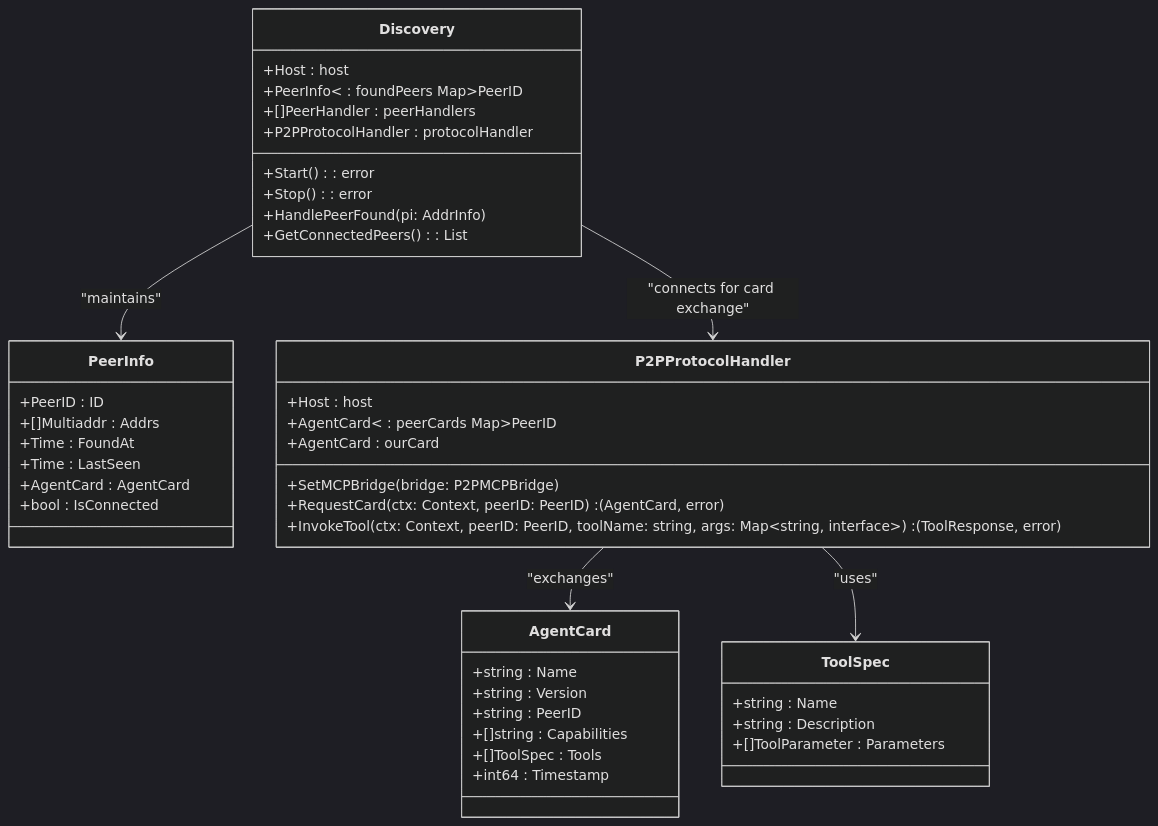
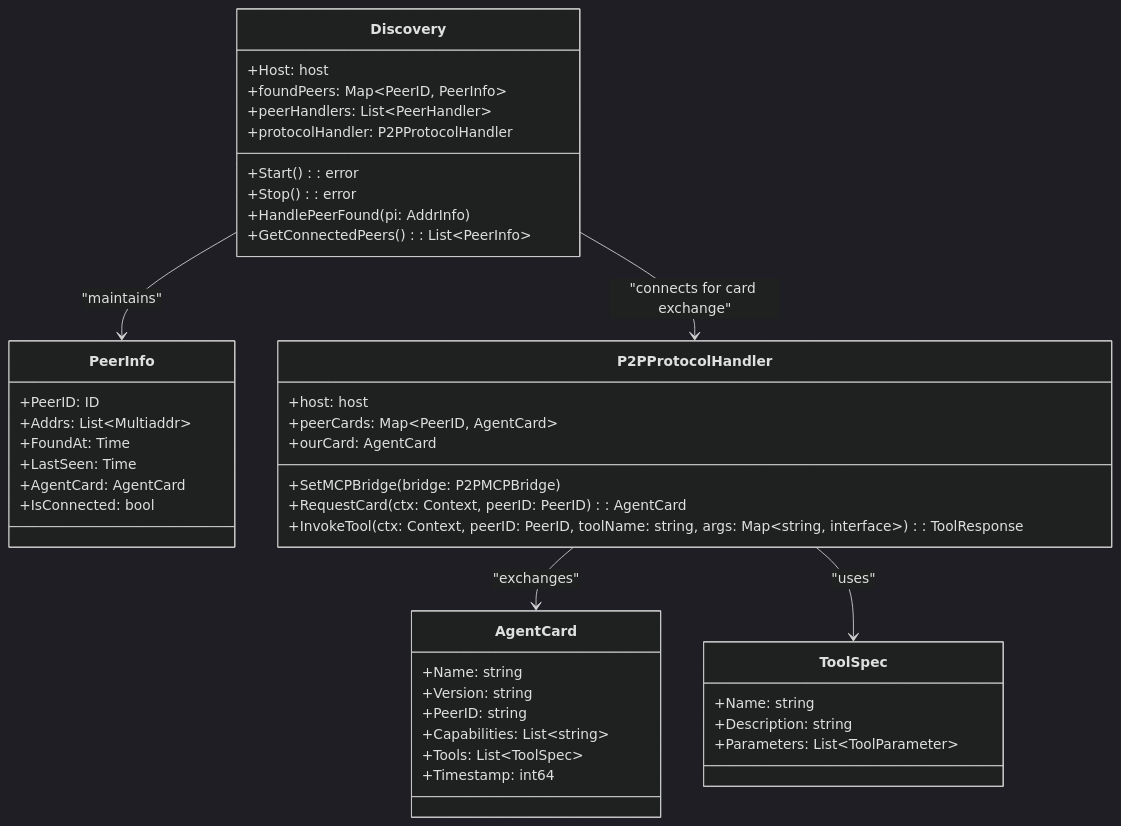
Before and after one commit to prxs-ai/praxis-go-sdk: the first of 5 diagrams in docs/Core Services.md, drawn with Mermaid (dark theme). The commit also changed other lines of this file and 33 other files, not shown here.

````diff
--- a/docs/Core Services.md
+++ b/docs/Core Services.md
@@ -23,46 +23,46 @@
 ```mermaid
 classDiagram
 class Discovery {
-+Host : host
-+PeerInfo~ : foundPeers Map~PeerID
-+[]PeerHandler : peerHandlers
-+P2PProtocolHandler : protocolHandler
-+Start() : error
-+Stop() : error
++Host: host
++foundPeers: Map~PeerID, PeerInfo~
++peerHandlers: List~PeerHandler~
++protocolHandler: P2PProtocolHandler
++Start(): error
++Stop(): error
 +HandlePeerFound(pi: AddrInfo)
-+GetConnectedPeers() : List<PeerInfo>
++GetConnectedPeers(): List~PeerInfo~
 }
 class PeerInfo {
-+PeerID : ID
-+[]Multiaddr : Addrs
-+Time : FoundAt
-+Time : LastSeen
-+AgentCard : AgentCard
-+bool : IsConnected
++PeerID: ID
++Addrs: List~Multiaddr~
++FoundAt: Time
++LastSeen: Time
++AgentCard: AgentCard
++IsConnected: bool
 }
 class P2PProtocolHandler {
-+Host : host
-+AgentCard~ : peerCards Map~PeerID
-+AgentCard : ourCard
++host: host
++peerCards: Map~PeerID, AgentCard~
++ourCard: AgentCard
 +SetMCPBridge(bridge: P2PMCPBridge)
-+RequestCard(ctx: Context, peerID: PeerID) : (AgentCard, error)
-+InvokeTool(ctx: Context, peerID: PeerID, toolName: string, args: Map~string, interface~) : (ToolResponse, error)
++RequestCard(ctx: Context, peerID: PeerID): AgentCard
++InvokeTool(ctx: Context, peerID: PeerID, toolName: string, args: Map~string, interface~): ToolResponse
 }
 class AgentCard {
-+string : Name
-+string : Version
-+string : PeerID
-+[]string : Capabilities
-+[]ToolSpec : Tools
-+int64 : Timestamp
++Name: string
++Version: string
++PeerID: string
++Capabilities: List~string~
++Tools: List~ToolSpec~
++Timestamp: int64
 }
 class ToolSpec {
-+string : Name
-+string : Description
-+[]ToolParameter : Parameters
++Name: string
++Description: string
++Parameters: List~ToolParameter~
 }
-Discovery --> PeerInfo : "maintains"
-P2PProtocolHandler --> AgentCard : "exchanges"
-P2PProtocolHandler --> ToolSpec : "uses"
-Discovery --> P2PProtocolHandler : "connects for card exchange"
+Discovery --> PeerInfo: "maintains"
+P2PProtocolHandler --> AgentCard: "exchanges"
+P2PProtocolHandler --> ToolSpec: "uses"
+Discovery --> P2PProtocolHandler: "connects for card exchange"
 ```
````
